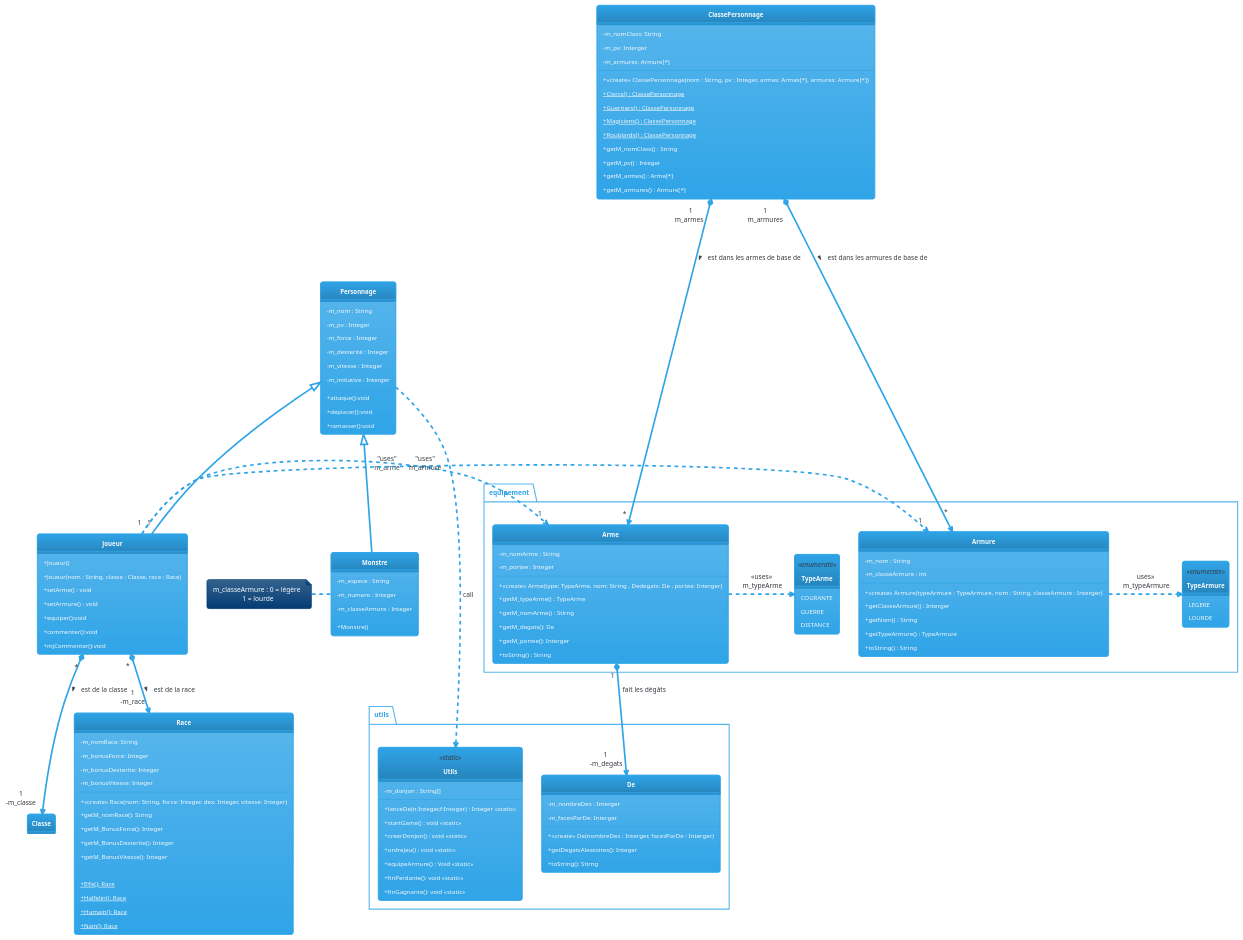
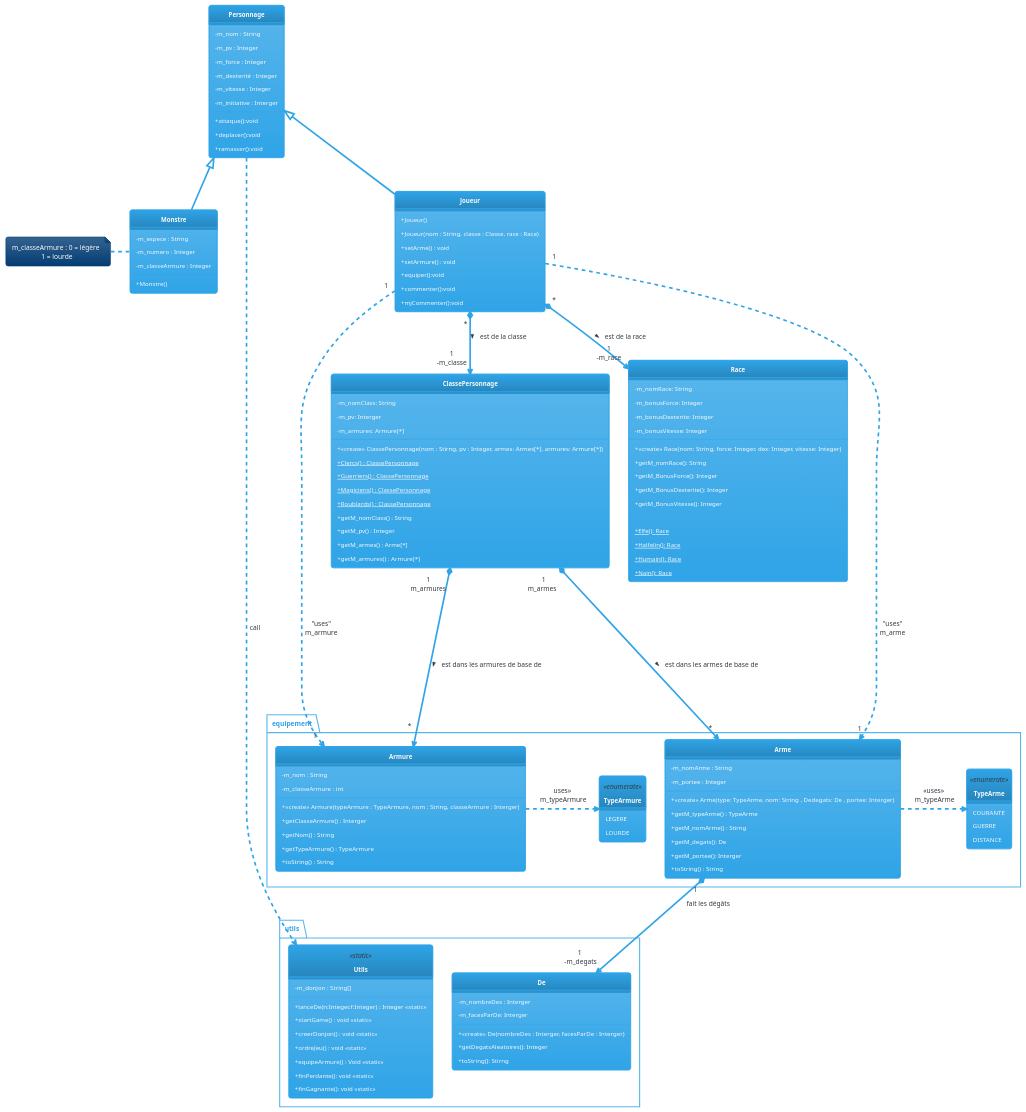
One commit to AbdullahPro2/DOOnjon-Dragon changed the diagram in uml/semaine2.puml. Above: the diagram before and after it, drawn with PlantUML.

Commit message:
UML fini pour les class RACE, ClassePersonnage, ARME, ARMURE

```diff
--- a/uml/semaine2.puml
+++ b/uml/semaine2.puml
@@ -1,154 +1,154 @@
 @startuml
 'https://plantuml.com/use-case-diagram
 !theme cerulean
 skinparam style strictuml
 skinparam classFontStyle Bold
 skinparam classAttributeIconSize 0
 hide empty members
 
 package equipement
 {
 
 ' Class Arme
   class Arme{
     - m_nomArme : String
     - m_portee : Integer
     + <<create>> Arme(type: TypeArme, nom: String , Dedegats: De , portee: Interger)
     + getM_typeArme() : TypeArme
     + getM_nomArme() : Stirng
     + getM_degats(): De
     + getM_portee(): Interger
     + toString() : String
 }
   enum TypeArme <<enumerate>>
   {
   COURANTE
   GUERRE
   DISTANCE
   }
 ' Class Armure
 class Armure{
     - m_nom : String
     - m_classeArmure : int
     + <<create>> Armure(typeArmure : TypeArmure, nom : String, classeArmure : Interger)
     + getClasseArmure() : Interger
     + getNom() : String
     + getTypeArmure() : TypeArmure
     + toString() : String
 }
 
 enum TypeArmure <<enumerate>>
 {
   LEGERE
   LOURDE
 }
 }
 class Personnage{
     -m_nom : String
     -m_pv : Integer
     -m_force : Integer
     -m_dexterité : Integer
     -m_vitesse : Integer
     -m_initiative : Interger
     +attaque():void
     +deplacer():void
     +ramasser():void
 }
 
 class Joueur{
     +Joueur()
     +Joueur(nom : String, classe : Classe, race : Race)
     +setArme() : void
     +setArmure() : void
     +equiper():void
     +commenter():void
     +mjCommenter():void
 }
 
 class Monstre {
     +Monstre()
     -m_espece : String
     -m_numero : Integer
     -m_classeArmure : Integer
 }
 
 note left of Monstre
 m_classeArmure : 0 = légère
                  1 = lourde
 end note
 
   class ClassePersonnage {
     - m_nomClass: String
     - m_pv: Interger
     - m_armures: Armure[*]
 
     + <<create>> ClassePersonnage(nom : Stirng, pv : Integer, armes: Armes[*], armures: Armure[*])
     + {static} Clercs() : ClassePersonnage
     + {static} Guerriers() : ClassePersonnage
     + {static} Magiciens() : ClassePersonnage
     + {static} Roublards() : ClassePersonnage
     + getM_nomClass() : String
     + getM_pv() : Integer
     + getM_armes() : Arme[*]
     + getM_armures() : Armure[*]
 }
 
 class Race {
   - m_nomRace: String
   - m_bonusForce: Integer
   - m_bonusDexterite: Integer
   - m_bonusVitesse: Integer
 
   + <<create>> Race(nom: String, force: Integer, dex: Integer, vitesse: Integer)
   + getM_nomRace(): String
   + getM_BonusForce(): Integer
   + getM_BonusDexterite(): Integer
   + getM_BonusVitesse(): Integer
 
   + {static} Elfe(): Race
   + {static} Halfelin(): Race
   + {static} Humain(): Race
   + {static} Nain(): Race
 }
 
 package utils
 {
   class Utils <<static>>{
     -m_donjon : String[]
     +lanceDe(n:Integer,f:Integer) : Integer <<static>>
     +startGame() : void <<static>>
     +creerDonjon() : void <<static>>
     +ordreJeu() : void <<static>>
     +equipeArmure() : Void <<static>>
     +finPerdante(): void <<static>>
     +finGagnante(): void <<static>>
   }
   class De
   {
     - m_nombreDes : Interger
     - m_facesParDe: Interger
     + <<create>> De(nombreDes : Interger, facesParDe : Interger)
     + getDegatsAleatoires(): Integer
     + toString(): Stirng
   }
 }
 
 Personnage <|-- Joueur
 Personnage <|-- Monstre
-Joueur "*" *--> "1\n-m_classe" Classe :  est de la classe >
+Joueur "*" *--> "1\n-m_classe" ClassePersonnage :  est de la classe >
 ' Relation de Classe de Personnage
 ClassePersonnage "1\nm_armes  " *----> "*" Arme:est dans les armes de base de >
 ClassePersonnage "1\nm_armures" *----> "*\n" Armure : est dans les armures de base de >
 
 
 Personnage .> Utils : "«call»"
 Joueur "*" *--> "1\n-m_race" Race :  est de la race >
 Joueur "1" .> "1" Arme : "uses"\nm_arme
 Joueur "1" .> "1" Armure : "uses"\nm_armure
 
 ' Class Arme Relations
 Arme .> TypeArme : "«uses»\n m_typeArme"
 Arme "1" *--> "1\n -m_degats" De : fait les dégâts
 ' Class Armure Relations
 Armure .> TypeArmure : "«uses»\n m_typeArmure""
 @enduml
```
